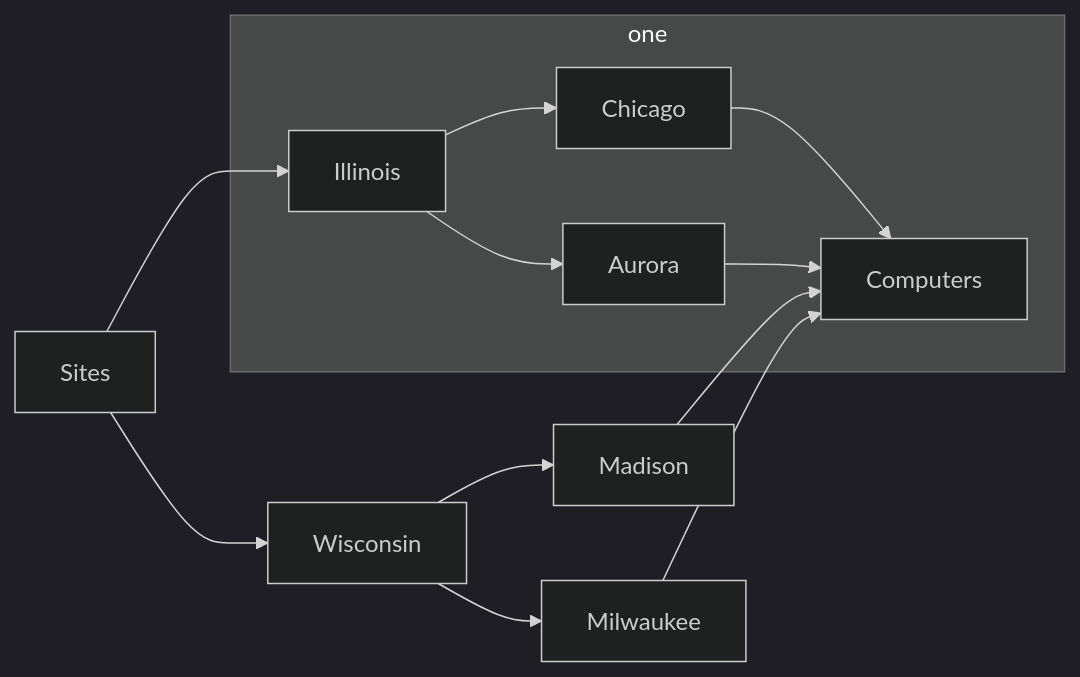
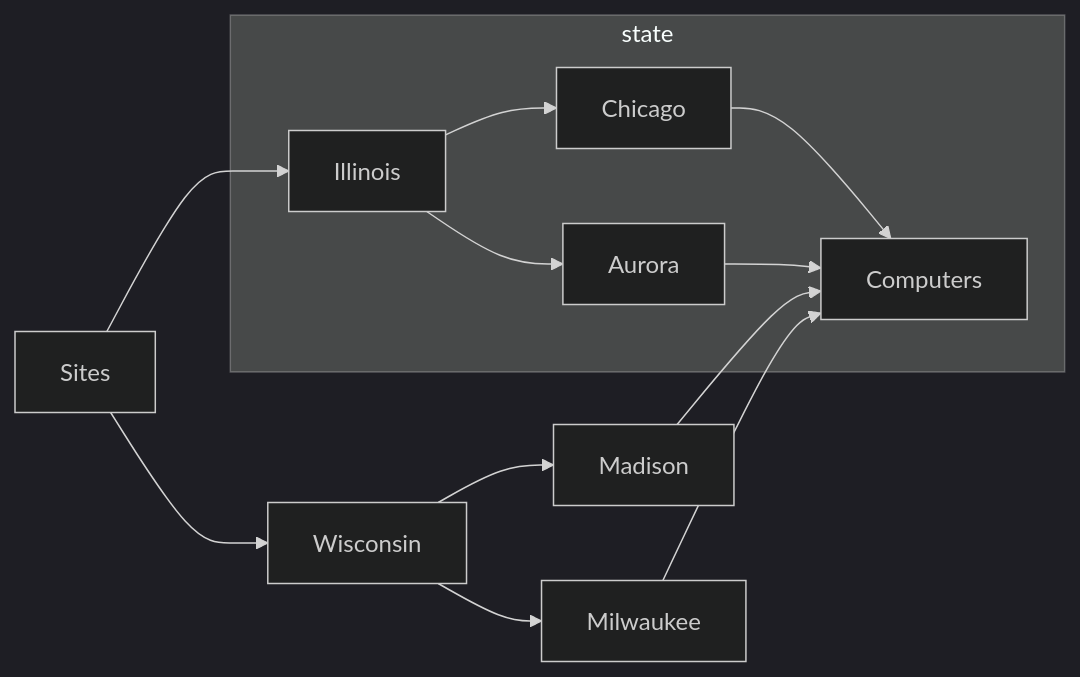
The diagram in powershell-scripts/Move-ComputersByStateSiteCode/README.md (emerconnelly/sysadmin), drawn with Mermaid (dark theme) before and after one commit.

````diff
--- a/powershell-scripts/Move-ComputersByStateSiteCode/README.md
+++ b/powershell-scripts/Move-ComputersByStateSiteCode/README.md
@@ -24,15 +24,15 @@
 ```mermaid
 flowchart LR
     Sites --> Illinois
-      subgraph one
+      subgraph state
       Illinois --> Chicago
         Chicago --> Computers
       Illinois --> Aurora
         Aurora --> Computers
       end
     Sites --> Wisconsin
       Wisconsin --> Madison
         Madison --> Computers
       Wisconsin --> Milwaukee
         Milwaukee --> Computers
 ```
````
